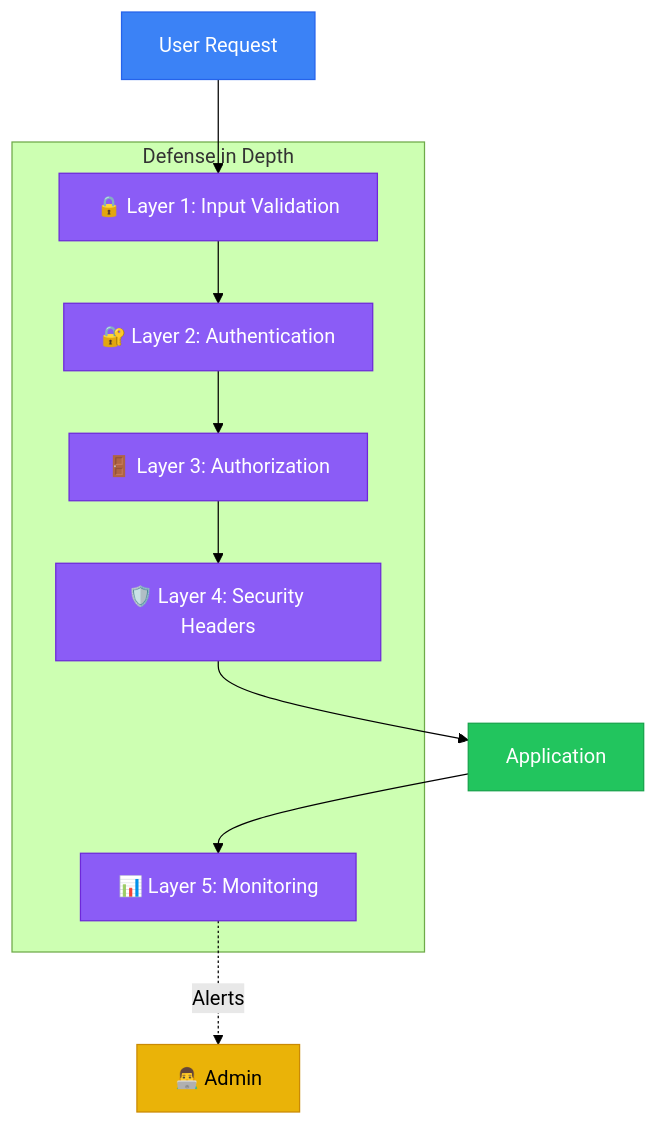
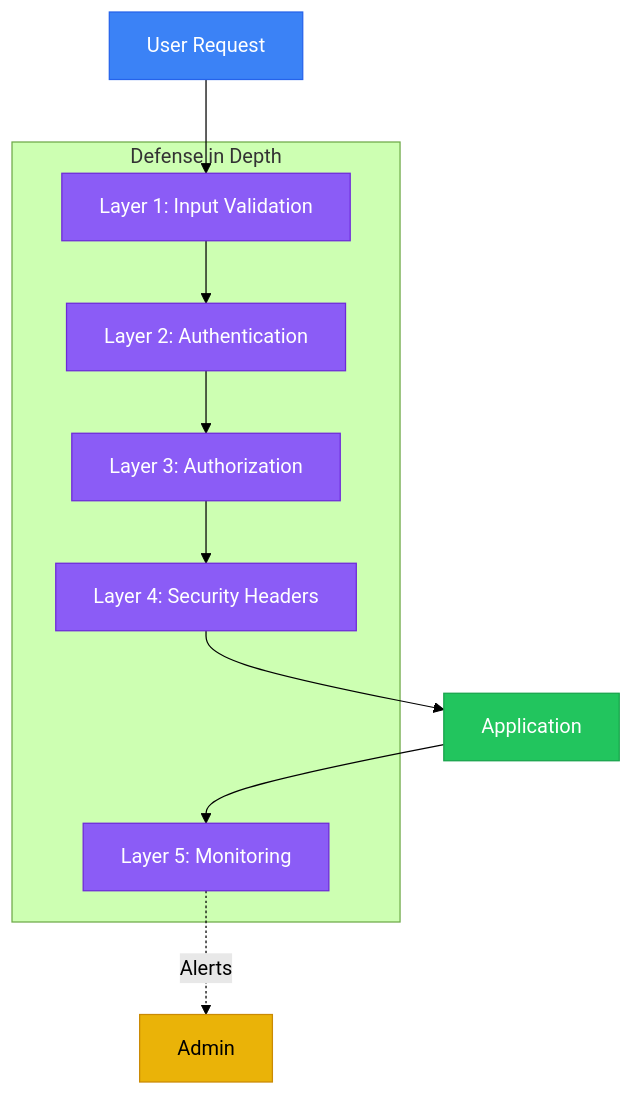
The first of 2 diagrams in SECURITY.md (tian972k/micro-fontend-base), drawn with Mermaid (forest theme) before and after one commit. The commit also changed other lines of this file and 2 other files, not shown here.

Commit message:
fix: remove emojis from Mermaid diagrams to prevent parsing errors

````diff
--- a/SECURITY.md
+++ b/SECURITY.md
@@ -5,24 +5,24 @@
 ```mermaid
 graph TB
     subgraph Defense ["Defense in Depth"]
-        L1[🔒 Layer 1: Input Validation]:::layer
-        L2[🔐 Layer 2: Authentication]:::layer
-        L3[🚪 Layer 3: Authorization]:::layer
-        L4[🛡️ Layer 4: Security Headers]:::layer
-        L5[📊 Layer 5: Monitoring]:::layer
+        L1[Layer 1: Input Validation]:::layer
+        L2[Layer 2: Authentication]:::layer
+        L3[Layer 3: Authorization]:::layer
+        L4[Layer 4: Security Headers]:::layer
+        L5[Layer 5: Monitoring]:::layer
     end
 
     Request[User Request] --> L1
     L1 --> L2
     L2 --> L3
     L3 --> L4
     L4 --> App[Application]
     App --> L5
 
-    L5 -.->|Alerts| Admin[👨‍💻 Admin]
+    L5 -.->|Alerts| Admin[Admin]
 
     classDef layer fill:#8b5cf6,stroke:#6d28d9,color:#fff
     style Request fill:#3b82f6,stroke:#2563eb,color:#fff
     style App fill:#22c55e,stroke:#16a34a,color:#fff
     style Admin fill:#eab308,stroke:#ca8a04,color:#000
 ```
````
